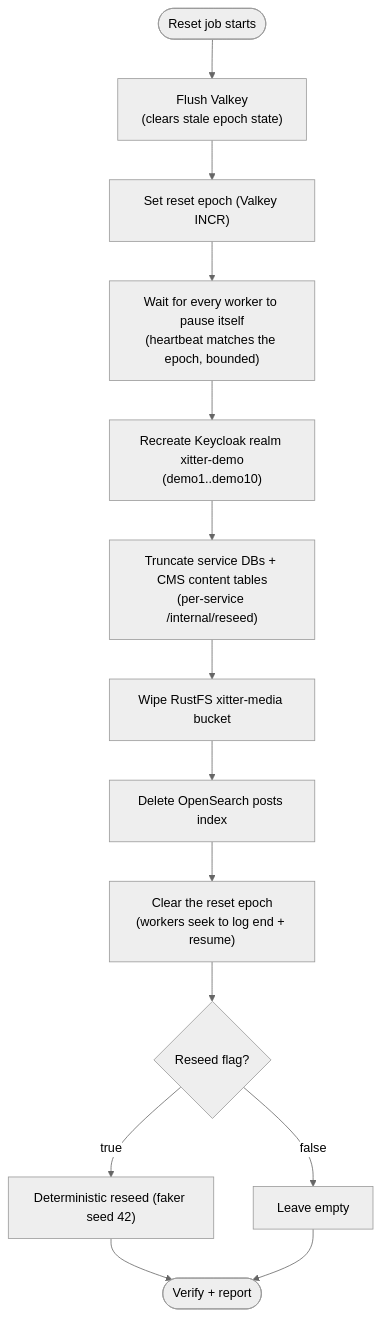
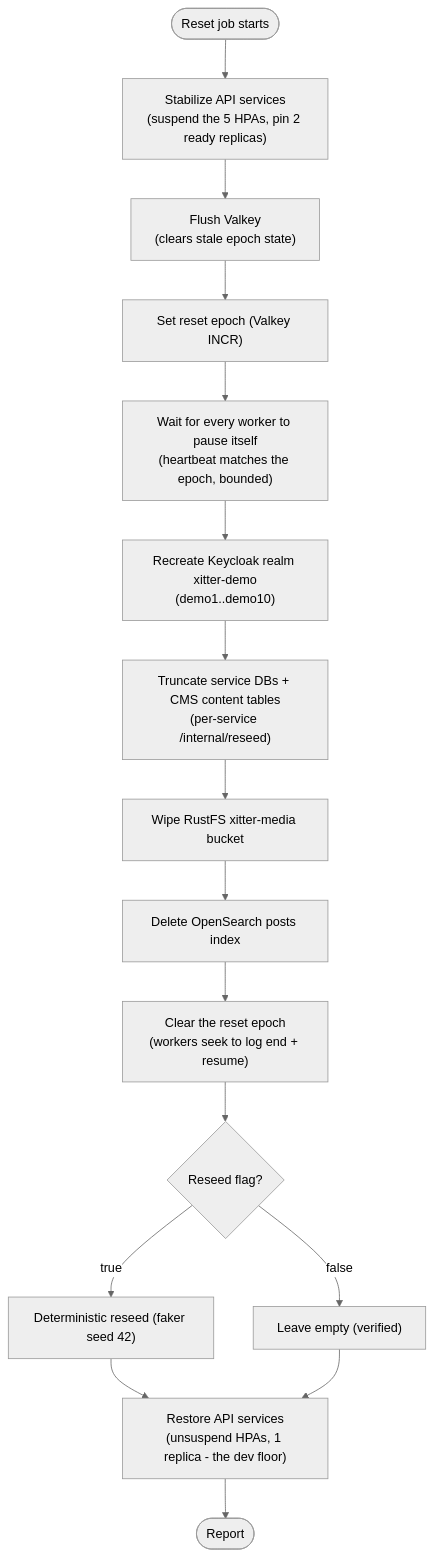
The diagram in docs/specs/operations/02-data-reset.md (jdc-projects/xitter), drawn with Mermaid (neutral theme) before and after one commit. The commit also changed other lines of this file and 10 other files, not shown here.

````diff
--- a/docs/specs/operations/02-data-reset.md
+++ b/docs/specs/operations/02-data-reset.md
@@ -60,16 +61,18 @@
 ```mermaid
 flowchart TD
-  S(["Reset job starts"]) --> FL["Flush Valkey\n(clears stale epoch state)"]
+  S(["Reset job starts"]) --> ST["Stabilize API services\n(suspend the 5 HPAs, pin 2 ready replicas)"]
+  ST --> FL["Flush Valkey\n(clears stale epoch state)"]
   FL --> EP["Set reset epoch (Valkey INCR)"]
   EP --> P["Wait for every worker to pause itself\n(heartbeat matches the epoch, bounded)"]
   P --> C["Recreate Keycloak realm xitter-demo\n(demo1..demo10)"]
   C --> T["Truncate service DBs + CMS content tables\n(per-service /internal/reseed)"]
   T --> M["Wipe RustFS xitter-media bucket"]
   M --> O["Delete OpenSearch posts index"]
   O --> K["Clear the reset epoch\n(workers seek to log end + resume)"]
   K --> R{Reseed flag?}
   R -->|true| D["Deterministic reseed (faker seed 42)"]
-  R -->|false| L["Leave empty"]
-  D --> V(["Verify + report"])
-  L --> V
+  R -->|false| L["Leave empty (verified)"]
+  D --> RS["Restore API services\n(unsuspend HPAs, 1 replica - the dev floor)"]
+  L --> RS
+  RS --> V(["Report"])
 ```
````
